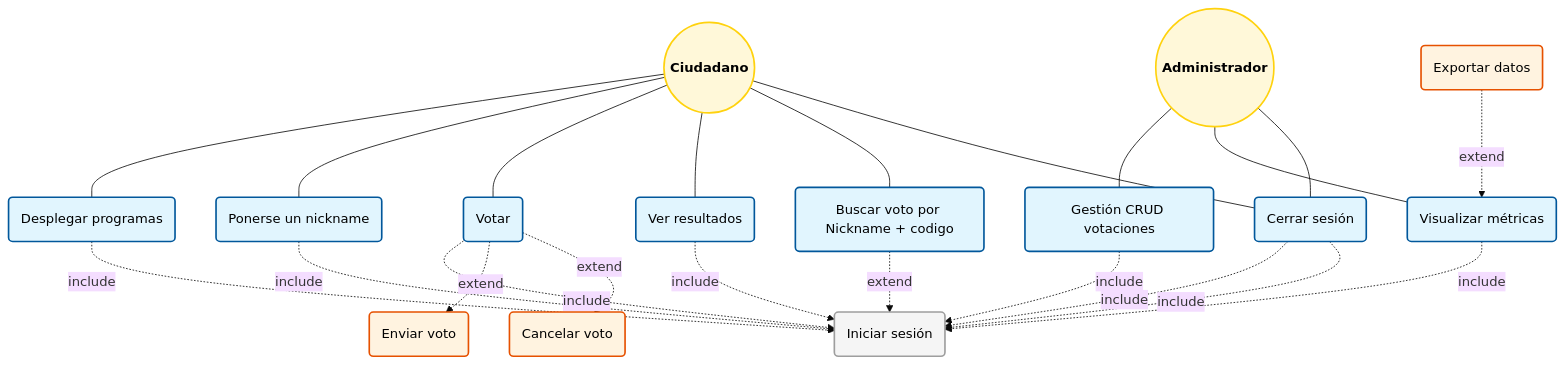
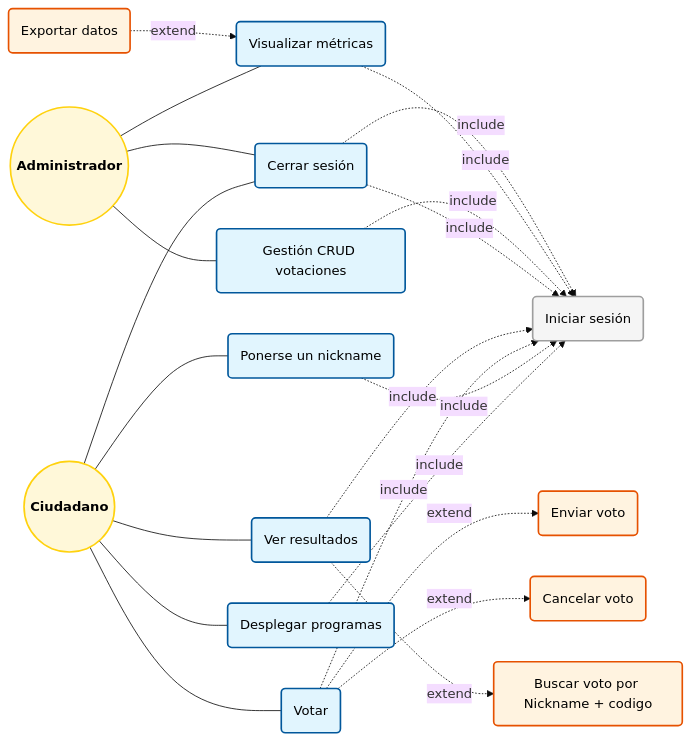
One commit to OnyxVariables/AGORA changed the first of 15 diagrams in docs/Diagrama_CasosdeUso.md. Above: the diagram before and after it, drawn with Mermaid (base theme). The commit also changed 1 other file, not shown here.

Commit message:
Create ER  diagram

````diff
--- a/docs/Diagrama_CasosdeUso.md
+++ b/docs/Diagrama_CasosdeUso.md
@@ -23,55 +23,54 @@
 ```mermaid
-graph TD
+graph LR
     %% Estilos
     classDef actor fill:#fff8d9,stroke:#ffd20e,stroke-width:2px,color:#000
     classDef primario fill:#e1f5fe,stroke:#01579b,stroke-width:2px,color:#000
     classDef soporte fill:#f5f5f5,stroke:#9e9e9e,stroke-width:2px,color:#000
     classDef extendido fill:#fff3e0,stroke:#e65100,stroke-width:2px,color:#000
 
     %% Actores
     Ciudadano((<b>Ciudadano</b>)):::actor
     Administrador((<b>Administrador</b>)):::actor
 
     %% Casos de Uso: Ciudadano
     UC_Login(Iniciar sesión):::soporte
     UC_Desplegar(Desplegar programas):::primario
     UC_Nickname(Ponerse un nickname):::primario
     UC_Votar(Votar):::primario
     UC_Enviar(Enviar voto):::extendido
     UC_Cancelar(Cancelar voto):::extendido
     UC_Resultados(Ver resultados):::primario
-    UC_Buscar(Buscar voto por Nickname + codigo):::primario
+    UC_Buscar(Buscar voto por Nickname + codigo):::extendido
     UC_Salir(Cerrar sesión):::primario
 
     %% Casos de Uso: Administrador
     UC_CRUD(Gestión CRUD votaciones):::primario
     UC_Metricas(Visualizar métricas):::primario
     UC_Exportar(Exportar datos):::extendido
 
     %% Relaciones Ciudadano
     Ciudadano --- UC_Desplegar
     Ciudadano --- UC_Nickname
     Ciudadano --- UC_Votar
     Ciudadano --- UC_Resultados
-    Ciudadano --- UC_Buscar
     Ciudadano --- UC_Salir
 
     UC_Desplegar -.->|include| UC_Login
     UC_Nickname -.->|include| UC_Login
     UC_Votar -.->|include| UC_Login
     UC_Votar -.->|extend| UC_Enviar
     UC_Votar -.->|extend| UC_Cancelar
     UC_Resultados -.->|include| UC_Login
-    UC_Buscar -.->|extend| UC_Login
+    UC_Resultados -.->|extend| UC_Buscar
     UC_Salir -.->|include| UC_Login
 
     %% Relaciones Administrador
     Administrador --- UC_CRUD
     Administrador --- UC_Metricas
     Administrador --- UC_Salir
 
     UC_CRUD -.->|include| UC_Login
     UC_Metricas -.->|include| UC_Login
     UC_Exportar -.->|extend| UC_Metricas
     UC_Salir -.->|include| UC_Login
 ```
````
